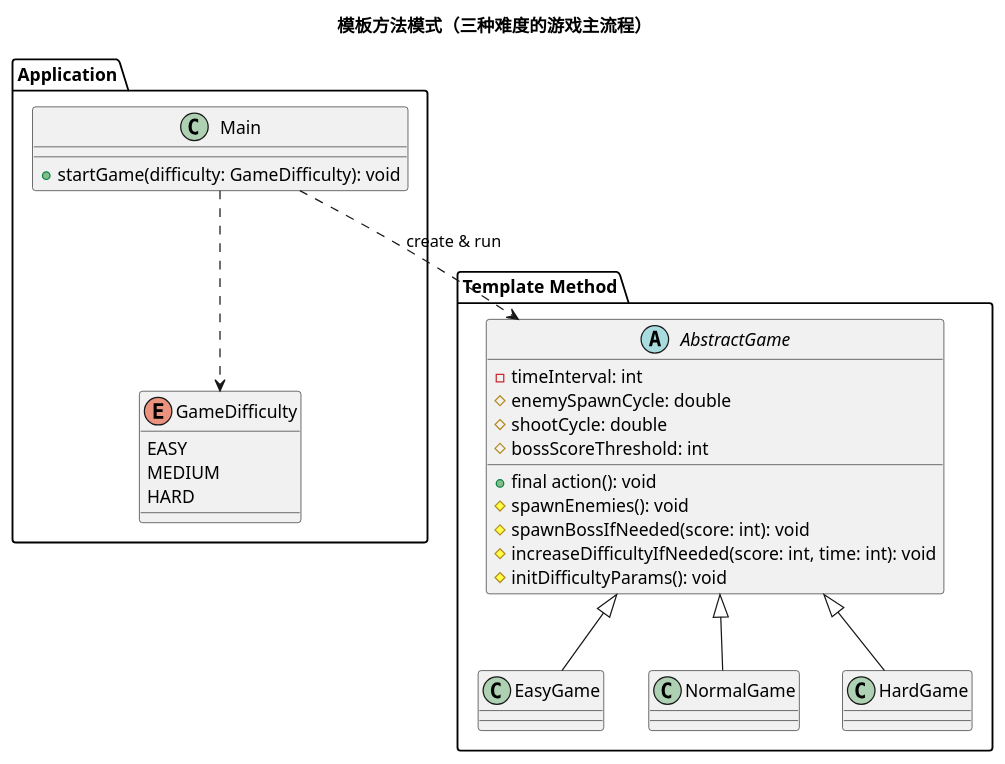
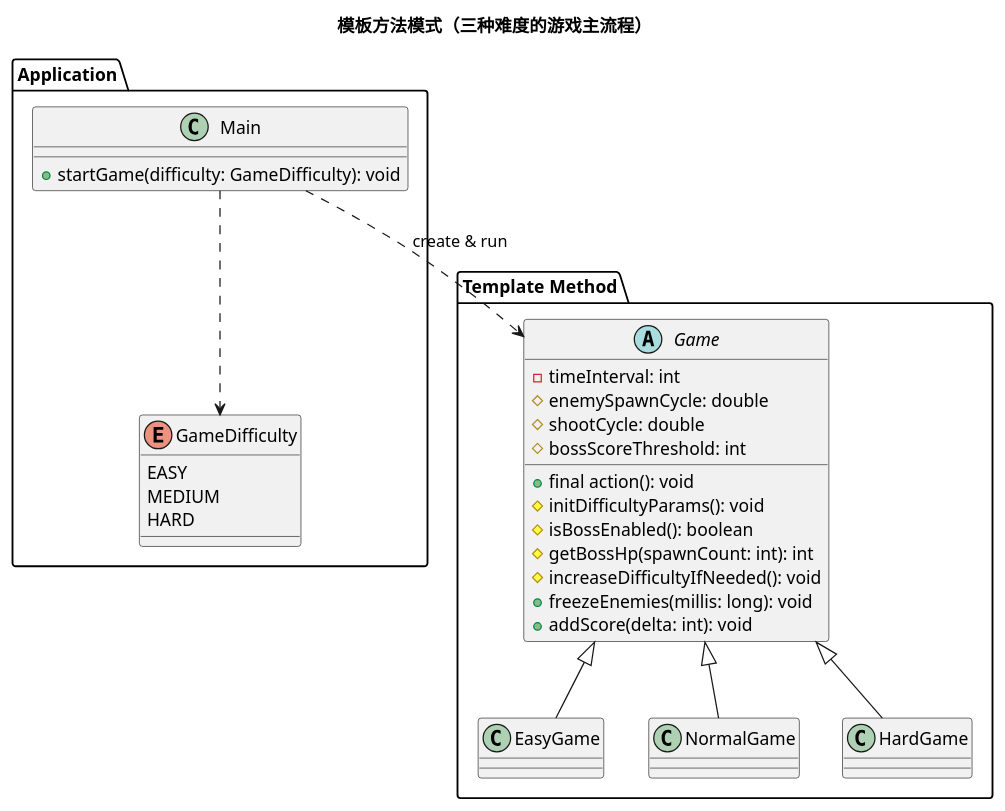
Before and after one commit to Speculator18/software_process_exp1: the diagram in uml/TemplateMethodPattern.puml, drawn with PlantUML. The commit also changed 16 other files, not shown here.

```diff
--- a/uml/TemplateMethodPattern.puml
+++ b/uml/TemplateMethodPattern.puml
@@ -1,41 +1,43 @@
 @startuml
 title 模板方法模式（三种难度的游戏主流程）
 
 package "Template Method" {
-  abstract class AbstractGame {
+  abstract class Game {
     - timeInterval: int
     # enemySpawnCycle: double
     # shootCycle: double
     # bossScoreThreshold: int
     + final action(): void
-    # spawnEnemies(): void
-    # spawnBossIfNeeded(score: int): void
-    # increaseDifficultyIfNeeded(score: int, time: int): void
     # initDifficultyParams(): void
+    # isBossEnabled(): boolean
+    # getBossHp(spawnCount: int): int
+    # increaseDifficultyIfNeeded(): void
+    + freezeEnemies(millis: long): void
+    + addScore(delta: int): void
   }
 
   class EasyGame
   class NormalGame
   class HardGame
 }
 
 package "Application" {
   class Main {
     + startGame(difficulty: GameDifficulty): void
   }
 
   enum GameDifficulty {
     EASY
     MEDIUM
     HARD
   }
 }
 
-AbstractGame <|-- EasyGame
-AbstractGame <|-- NormalGame
-AbstractGame <|-- HardGame
+Game <|-- EasyGame
+Game <|-- NormalGame
+Game <|-- HardGame
 
-Main ..> AbstractGame : create & run
+Main ..> Game : create & run
 Main ..> GameDifficulty
 
 @enduml
```
